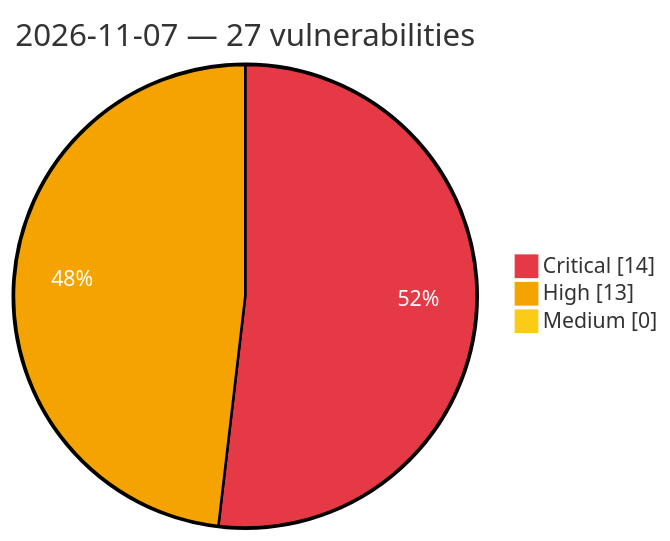
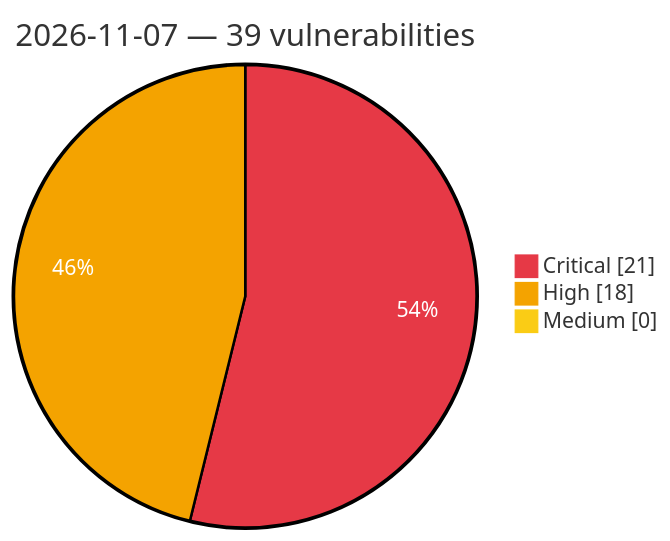
One commit to GhostX0X/vuln-tracker changed the diagram in vulnerabilities/2026/November/2026-11-07.md. Above: the diagram before and after it, drawn with Mermaid. The commit also changed other lines of this file and 5 other files, not shown here.

Commit message:
Auto update: critical/high vulns (2026-11-07 16:59 UTC)

````diff
--- a/vulnerabilities/2026/November/2026-11-07.md
+++ b/vulnerabilities/2026/November/2026-11-07.md
@@ -3,8 +3,8 @@
 ```mermaid
 %%{init: {'theme':'base', 'themeVariables': {'pie1':'#e63946', 'pie2':'#f4a300', 'pie3':'#facc15', 'pieOpacity':'1', 'pieOuterStrokeWidth':'2px', 'pieSectionTextColor':'#ffffff'}}}%%
 pie showData
-    title 2026-11-07 — 27 vulnerabilities
-    "Critical" : 14
-    "High" : 13
+    title 2026-11-07 — 39 vulnerabilities
+    "Critical" : 21
+    "High" : 18
     "Medium" : 0
 ```
````
